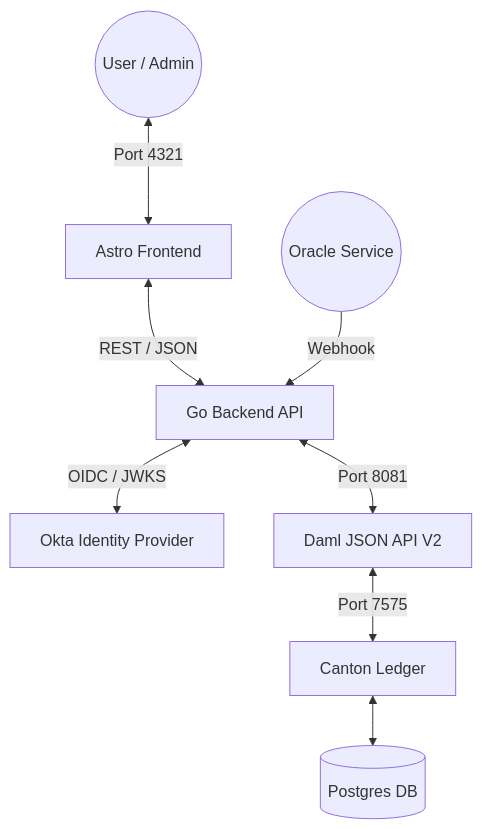
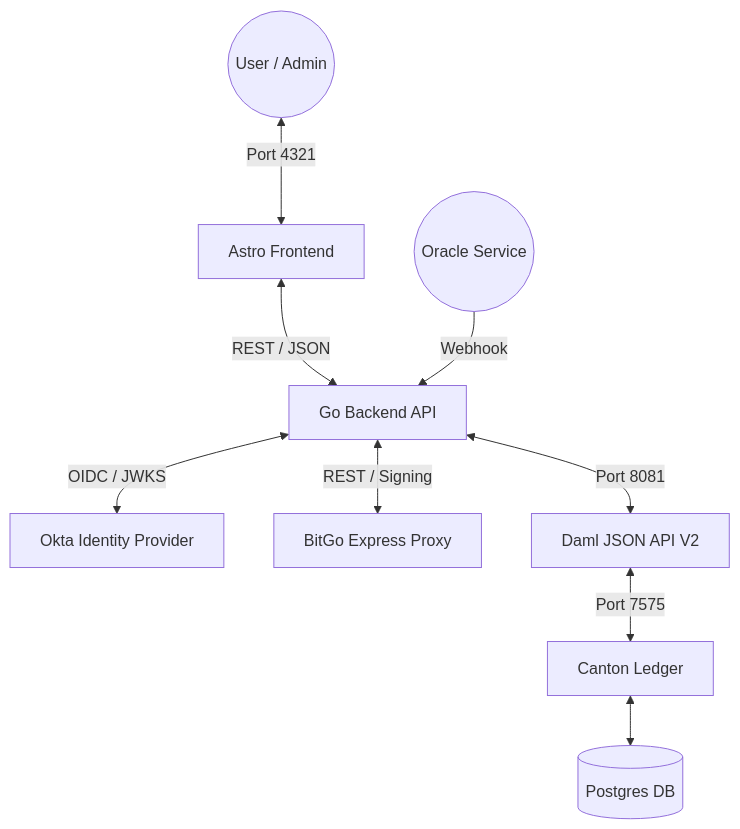
Before and after one commit to dhushon/daml-escrow: the first of 2 diagrams in README.md, drawn with Mermaid. The commit also changed 36 other files, not shown here.

````diff
--- a/README.md
+++ b/README.md
@@ -15,10 +15,11 @@
 ```mermaid
 graph TD
     User((User / Admin)) <-->|Port 4321| Astro[Astro Frontend]
     Astro <-->|REST / JSON| Go[Go Backend API]
     Go <-->|OIDC / JWKS| Okta[Okta Identity Provider]
+    Go <-->|REST / Signing| BG[BitGo Express Proxy]
     Go <-->|Port 8081| JSON[Daml JSON API V2]
     JSON <-->|Port 7575| Canton[Canton Ledger]
     Canton <--> DB[(Postgres DB)]
     Oracle((Oracle Service)) -->|Webhook| Go
 ```
````
